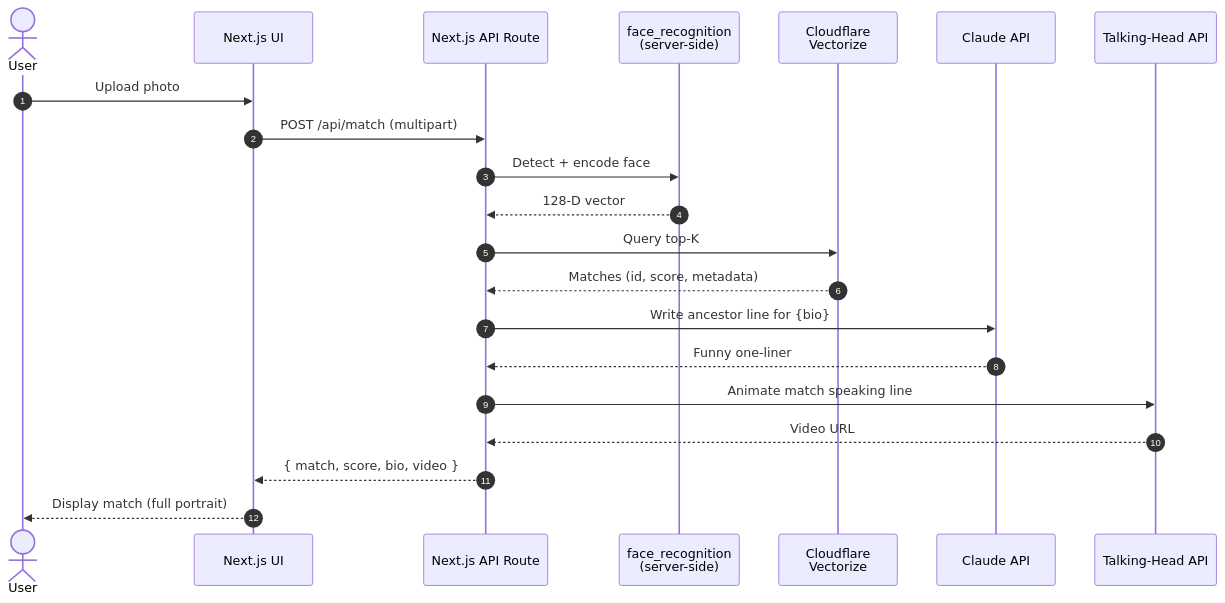
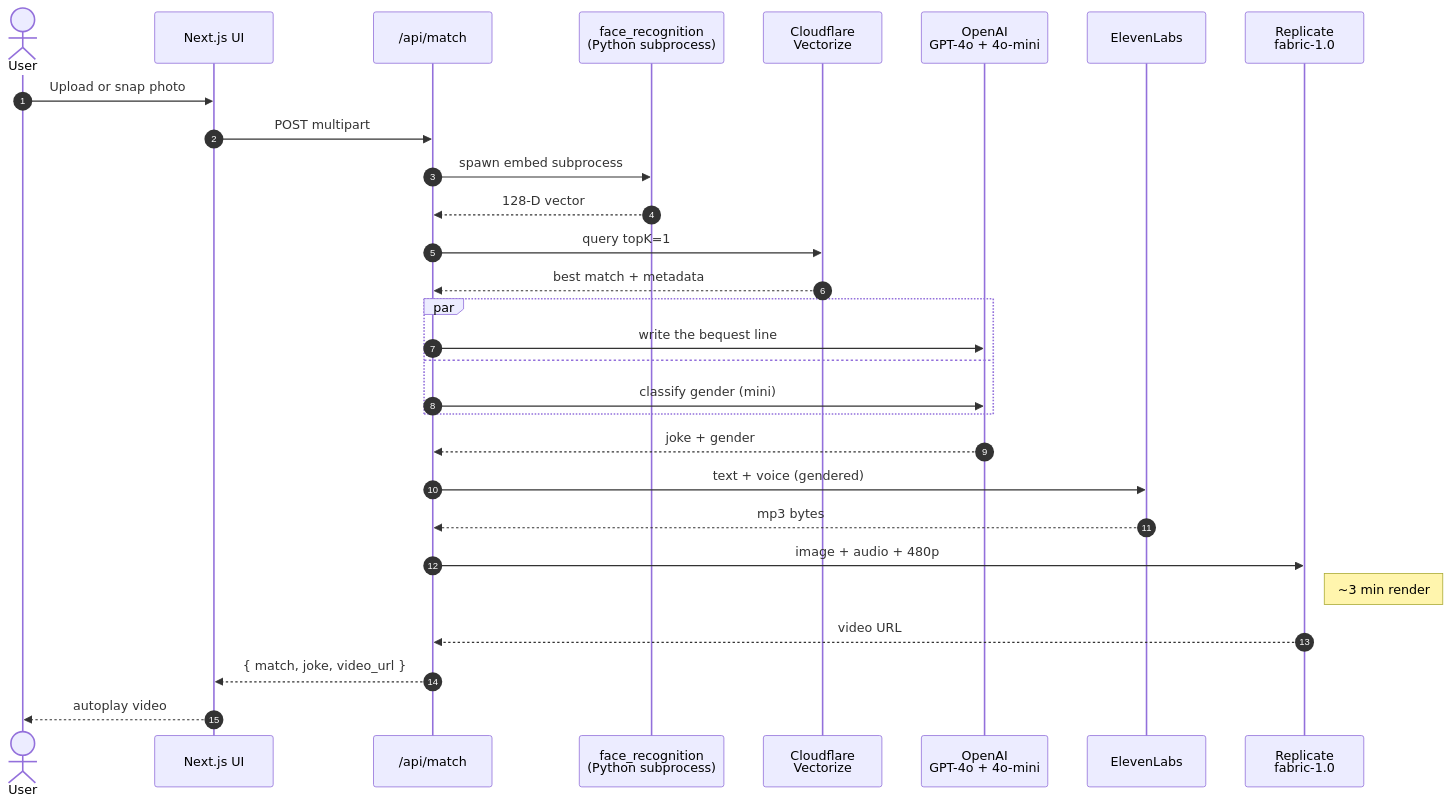
Before and after one commit to pranavred/findyourinheritance: the third of 3 diagrams in README.md, drawn with Mermaid. The commit also changed other lines of this file and 1 other file, not shown here.

First line of the commit message:
README: bring up to date with shipped state; add BLOG.md write-up

````diff
--- a/README.md
+++ b/README.md
@@ -109,24 +119,32 @@
 ```mermaid
 sequenceDiagram
     autonumber
     actor User
     participant UI as Next.js UI
-    participant API as Next.js API Route
-    participant FR as face_recognition<br/>(server-side)
+    participant API as /api/match
+    participant FR as face_recognition<br/>(Python subprocess)
     participant Vectorize as Cloudflare<br/>Vectorize
-    participant LLM as Claude API
-    participant TH as Talking-Head API
+    participant GPT as OpenAI<br/>GPT-4o + 4o-mini
+    participant TTS as ElevenLabs
+    participant Fabric as Replicate<br/>fabric-1.0
 
-    User->>UI: Upload photo
-    UI->>API: POST /api/match (multipart)
-    API->>FR: Detect + encode face
+    User->>UI: Upload or snap photo
+    UI->>API: POST multipart
+    API->>FR: spawn embed subprocess
     FR-->>API: 128-D vector
-    API->>Vectorize: Query top-K
-    Vectorize-->>API: Matches (id, score, metadata)
-    API->>LLM: Write ancestor line for {bio}
-    LLM-->>API: Funny one-liner
-    API->>TH: Animate match speaking line
-    TH-->>API: Video URL
-    API-->>UI: { match, score, bio, video }
-    UI-->>User: Display match (full portrait)
+    API->>Vectorize: query topK=1
+    Vectorize-->>API: best match + metadata
+    par
+        API->>GPT: write the bequest line
+    and
+        API->>GPT: classify gender (mini)
+    end
+    GPT-->>API: joke + gender
+    API->>TTS: text + voice (gendered)
+    TTS-->>API: mp3 bytes
+    API->>Fabric: image + audio + 480p
+    Note right of Fabric: ~3 min render
+    Fabric-->>API: video URL
+    API-->>UI: { match, joke, video_url }
+    UI-->>User: autoplay video
 ```
````
